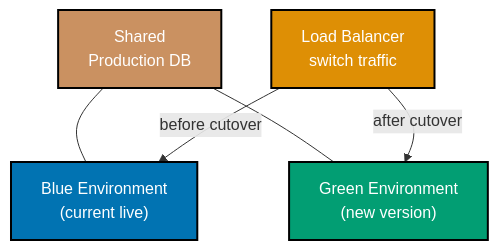
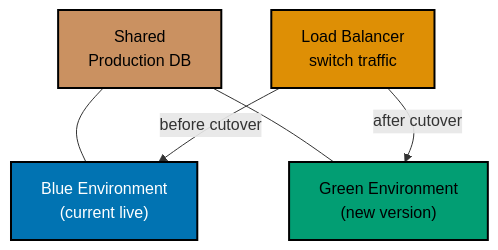
One commit to wahidyankf/ose-public changed the sixth of 9 diagrams in apps/ayokoding-www/content/en/learn/legacy/software-engineering/data/tools/kotlin-flyway/by-example/advanced.md. Above: the diagram before and after it, drawn with Mermaid. The commit also changed other lines of this file and 131 other files, not shown here.

First line of the commit message:
fix(mermaid): bring the legacy data, infrastructure, and testing diagrams onto the accessible palette

````diff
--- a/apps/ayokoding-www/content/en/learn/legacy/software-engineering/data/tools/kotlin-flyway/by-example/advanced.md
+++ b/apps/ayokoding-www/content/en/learn/legacy/software-engineering/data/tools/kotlin-flyway/by-example/advanced.md
@@ -717,19 +732,22 @@
 ```mermaid
 %% Color Palette: Blue #0173B2, Orange #DE8F05, Teal #029E73, Purple #CC78BC, Brown #CA9161
 %% Blue-green deployment with shared database
 graph TD
-    A["Shared\nProduction DB"]:::brown
-    B["Blue Environment\n#40;current live#41;"]:::blue
-    C["Green Environment\n#40;new version#41;"]:::teal
-    D["Load Balancer\nswitch traffic"]:::orange
+    accTitle: Example 71: Blue-Green Deployment Migrations
+    accDescr: Graph with 4 nodes and 4 connections. Nodes: Shared Production DB, Blue Environment 40current live41, Green Environment 40new version41, Load Balancer switch traffic. Connections: Shared Production DB to Blue Environment 40current live41, Shared Production DB to Green Environment 40new version41, Load Balancer switch traffic to Blue Environment 40current live41 (before cutover), Load Balancer switch traffic to Green Environment 40new version41 (after cutover).
+    A["Shared<br/>Production DB"]:::brown
+    B["Blue Environment<br/>#40;current live#41;"]:::blue
+    C["Green Environment<br/>#40;new version#41;"]:::teal
+    D["Load Balancer<br/>switch traffic"]:::orange
 
     A --- B
     A --- C
     D -->|"before cutover"| B
     D -->|"after cutover"| C
 
     classDef blue fill:#0173B2,stroke:#000000,color:#FFFFFF,stroke-width:2px
-    classDef orange fill:#DE8F05,stroke:#000000,color:#FFFFFF,stroke-width:2px
-    classDef teal fill:#029E73,stroke:#000000,color:#FFFFFF,stroke-width:2px
-    classDef brown fill:#CA9161,stroke:#000000,color:#FFFFFF,stroke-width:2px
+    classDef orange fill:#DE8F05,stroke:#000000,color:#000000,stroke-width:2px
+    classDef teal fill:#029E73,stroke:#000000,color:#000000,stroke-width:2px
+    classDef brown fill:#CA9161,stroke:#000000,color:#000000,stroke-width:2px
+    classDef default fill:#FFFFFF,stroke:#000000,color:#000000
 ```
````
